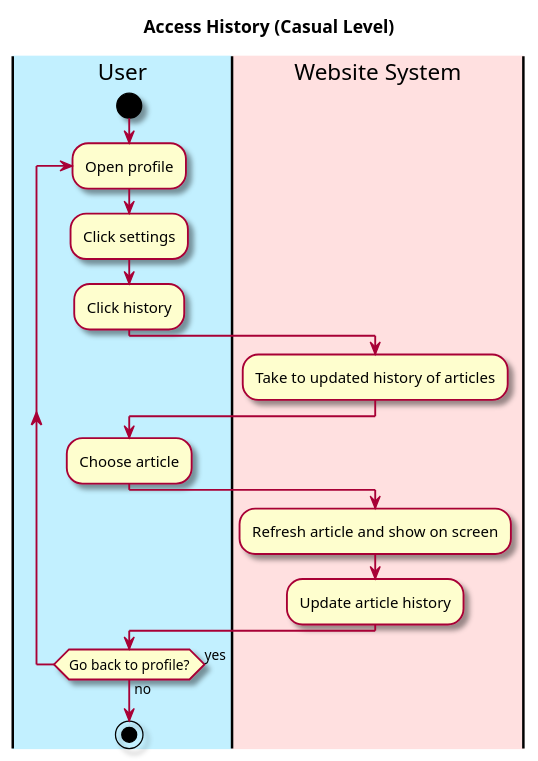
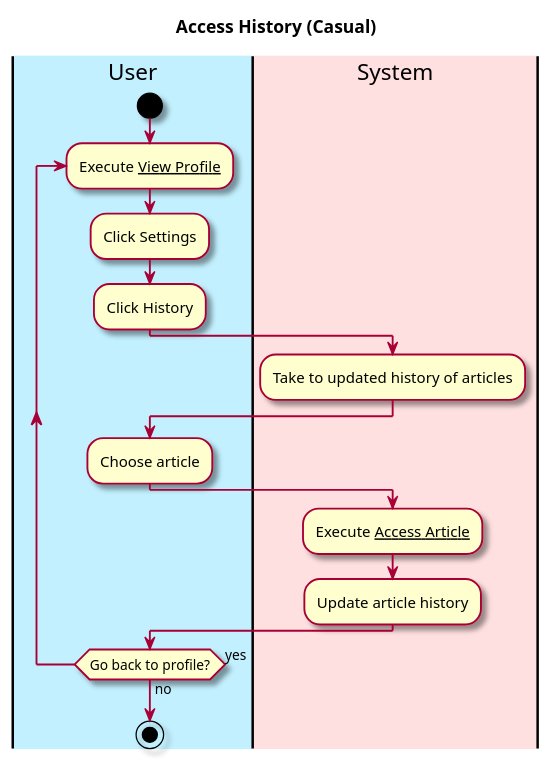
One commit to owhitleym-ui/EcoScoop changed the diagram in intellij/doc/Functional Specification/access-history.md. Above: the diagram before and after it, drawn with PlantUML. The commit also changed other lines of this file and 5 other files, not shown here.

````diff
--- a/intellij/doc/Functional Specification/access-history.md
+++ b/intellij/doc/Functional Specification/access-history.md
@@ -18,29 +20,29 @@
 ```plantuml
 @startuml
 
 skin rose
 
-title Access History (Casual Level)
+title Access History (Casual)
 'define the lanes
 |#application|User|
-|#implementation|Website System|
+|#implementation|System|
 
 |User|
 start
-    repeat :Open profile;
-        :Click settings;
+    repeat :Execute __View Profile__;
+        :Click Settings;
         |User|
-        :Click history;
-        |Website System|
+        :Click History;
+        |System|
         :Take to updated history of articles;
         |User|
         :Choose article;
-        |Website System|
-        :Refresh article and show on screen;
+        |System|
+        :Execute __Access Article__;
         :Update article history;
         |User|
         repeat while (Go back to profile?) is (yes) not (no)
 
 stop
 @enduml
 ```
````
